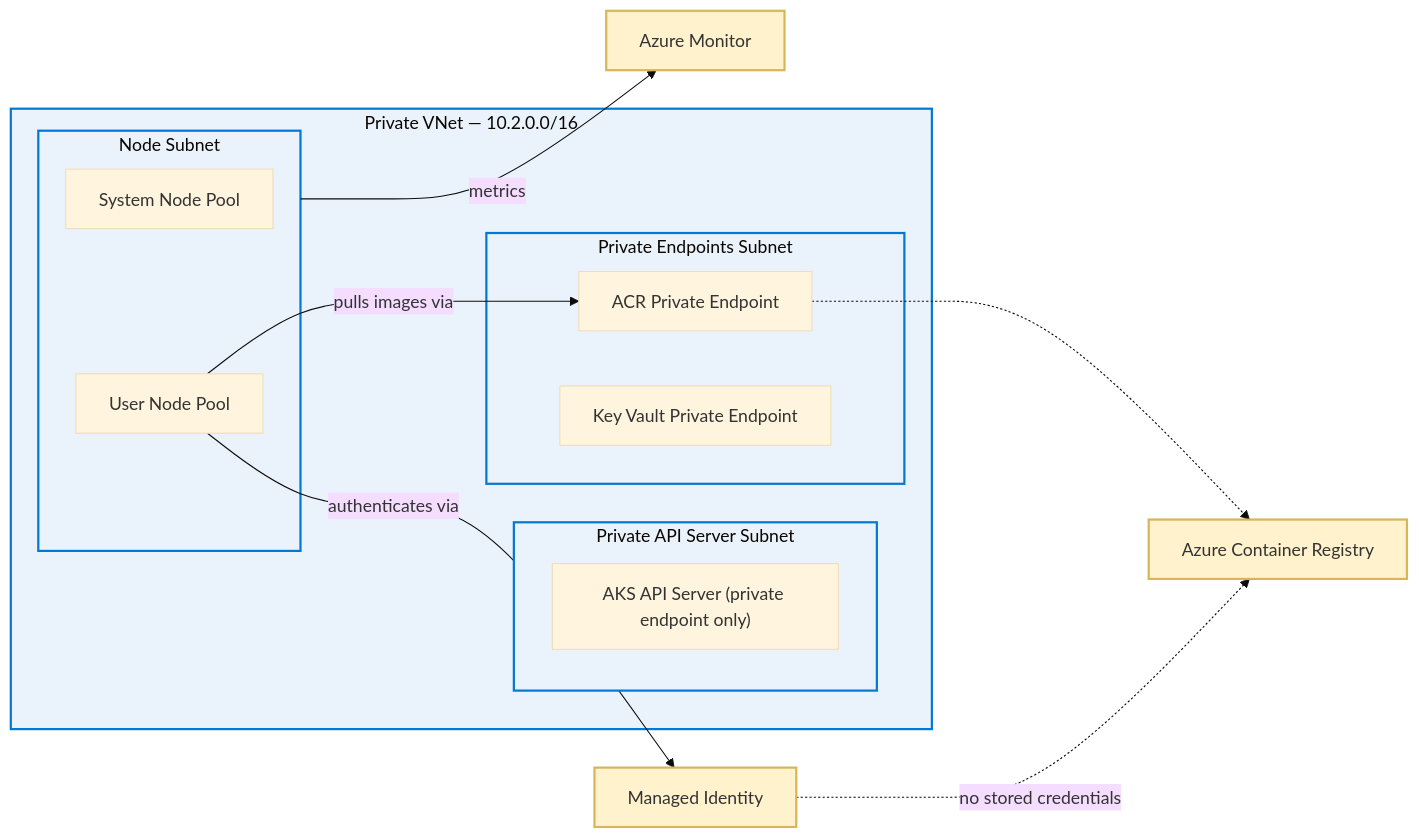
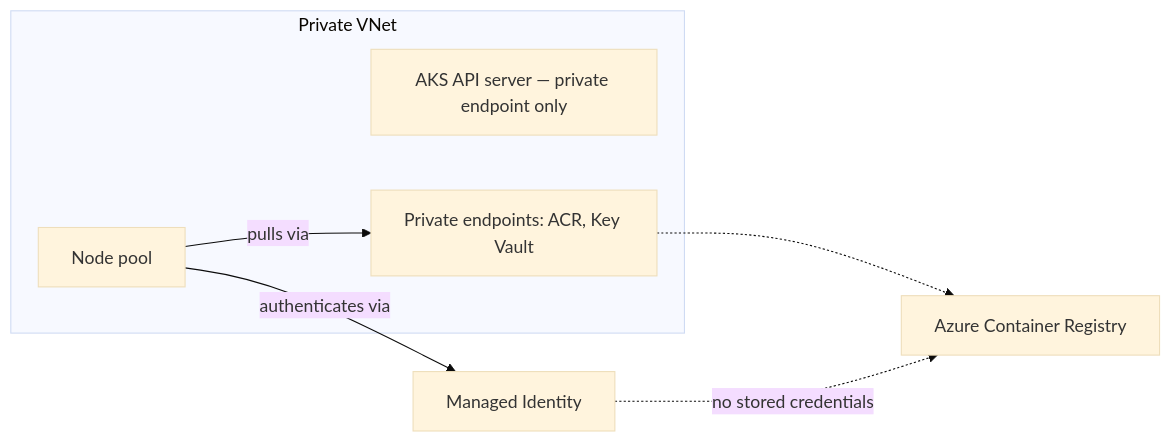
One commit to aniket-devop/aniket-devop changed the second of 3 diagrams in README.md. Above: the diagram before and after it, drawn with Mermaid (base theme). The commit also changed other lines of this file, not shown here.

````diff
--- a/README.md
+++ b/README.md
@@ -159,30 +81,15 @@
 ```mermaid
 flowchart LR
-    subgraph VNET["Private VNet — 10.2.0.0/16"]
-        subgraph APISUB["Private API Server Subnet"]
-            API["AKS API Server (private endpoint only)"]
-        end
-        subgraph NODESUB["Node Subnet"]
-            SYS["System Node Pool"]
-            USR["User Node Pool"]
-        end
-        subgraph PESUB["Private Endpoints Subnet"]
-            ACRPE["ACR Private Endpoint"]
-            KVPE["Key Vault Private Endpoint"]
-        end
+    subgraph VNET["Private VNet"]
+        API["AKS API server — private endpoint only"]
+        NODES["Node pool"]
+        PE["Private endpoints: ACR, Key Vault"]
     end
+    MI["Managed Identity"]
     ACR["Azure Container Registry"]
-    MI["Managed Identity"]
-    MON2["Azure Monitor"]
 
-    USR -->|pulls images via| ACRPE
-    ACRPE -.-> ACR
-    USR -->|authenticates via| MI
-    MI -.no stored credentials.-> ACR
-    NODESUB -->|metrics| MON2
-
-    classDef vnet fill:#eaf2fb,stroke:#0078D4,stroke-width:2px
-    classDef ext fill:#fff2cc,stroke:#d6b656,stroke-width:2px
-    class VNET,APISUB,NODESUB,PESUB vnet
-    class ACR,MI,MON2 ext
+    NODES -- pulls via --> PE
+    PE -.-> ACR
+    NODES -- authenticates via --> MI
+    MI -. no stored credentials .-> ACR
 ```
````
